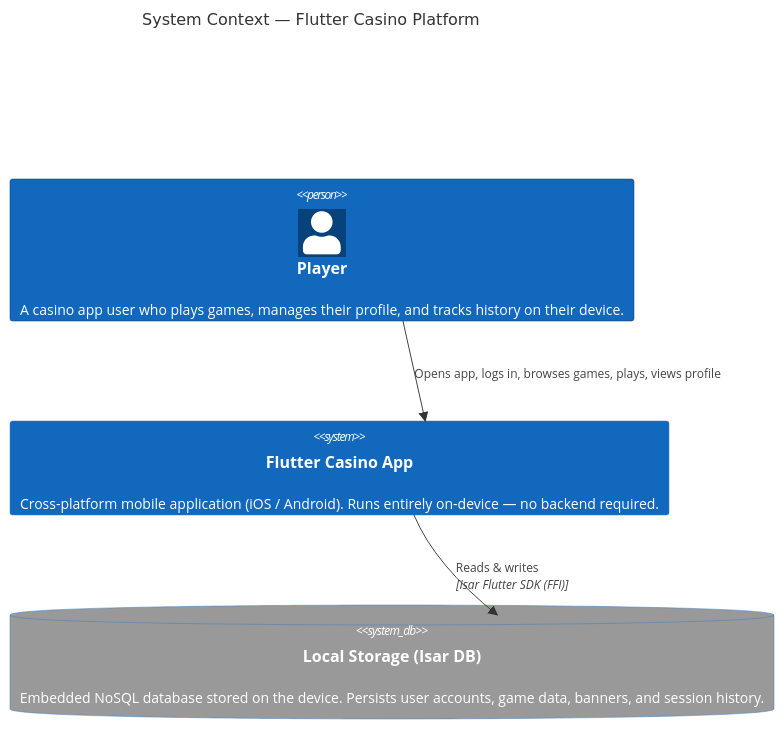
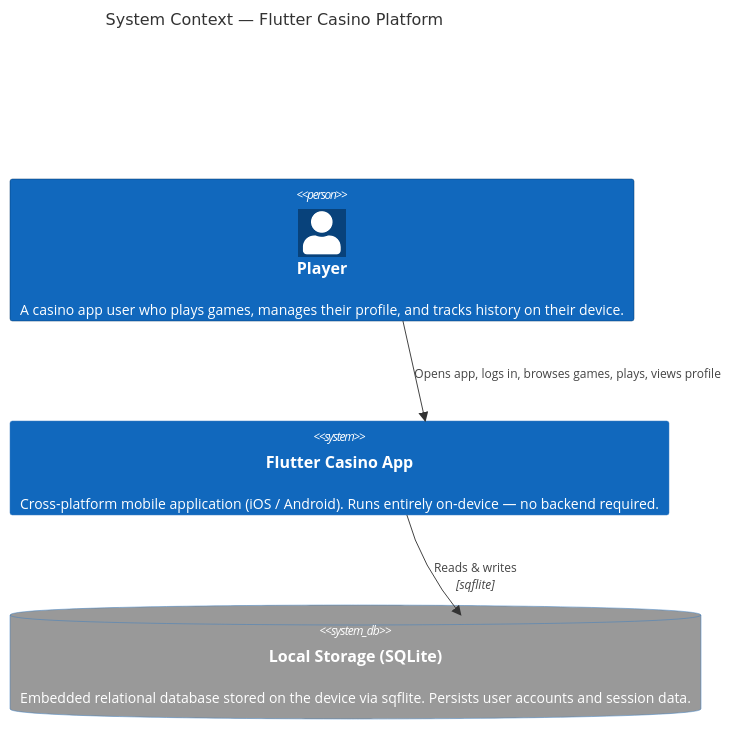
Before and after one commit to kovalenko-tech/flutter-casino-platform: the diagram in docs/c4/01-context.md, drawn with Mermaid. The commit also changed other lines of this file and 4 other files, not shown here.

Commit message:
docs: add C4 architecture section to README, update C4 diagrams (Isar → SQLite)

````diff
--- a/docs/c4/01-context.md
+++ b/docs/c4/01-context.md
@@ -5,17 +5,17 @@
 ```mermaid
 C4Context
     title System Context — Flutter Casino Platform
 
     Person(player, "Player", "A casino app user who plays games, manages their profile, and tracks history on their device.")
 
     System(app, "Flutter Casino App", "Cross-platform mobile application (iOS / Android). Runs entirely on-device — no backend required.")
 
-    SystemDb(isar, "Local Storage (Isar DB)", "Embedded NoSQL database stored on the device. Persists user accounts, game data, banners, and session history.")
+    SystemDb(isar, "Local Storage (SQLite)", "Embedded relational database stored on the device via sqflite. Persists user accounts and session data.")
 
     Rel(player, app, "Opens app, logs in, browses games, plays, views profile")
-    Rel(app, isar, "Reads & writes", "Isar Flutter SDK (FFI)")
+    Rel(app, isar, "Reads & writes", "sqflite")
 
     UpdateElementStyle(player, $bgColor="#1168BD", $fontColor="#ffffff")
     UpdateElementStyle(app, $bgColor="#1168BD", $fontColor="#ffffff")
     UpdateElementStyle(isar, $bgColor="#999999", $fontColor="#ffffff")
 ```
````
